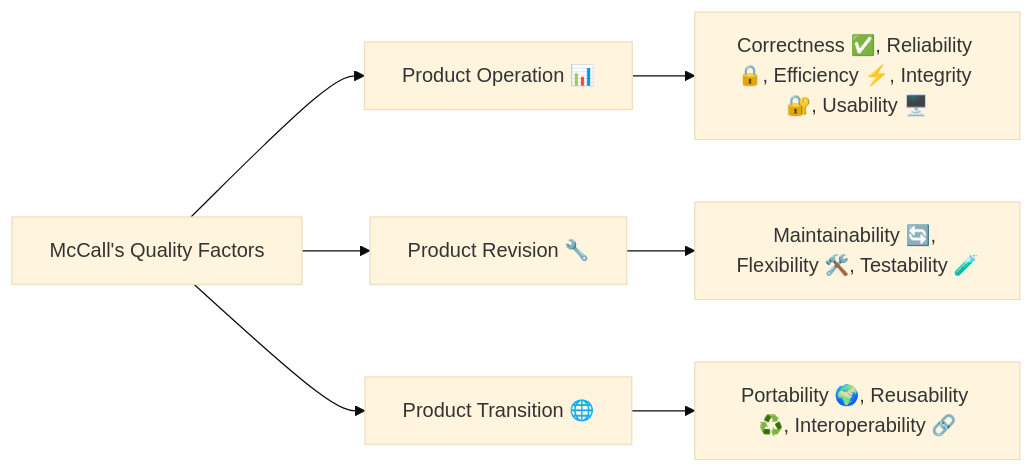
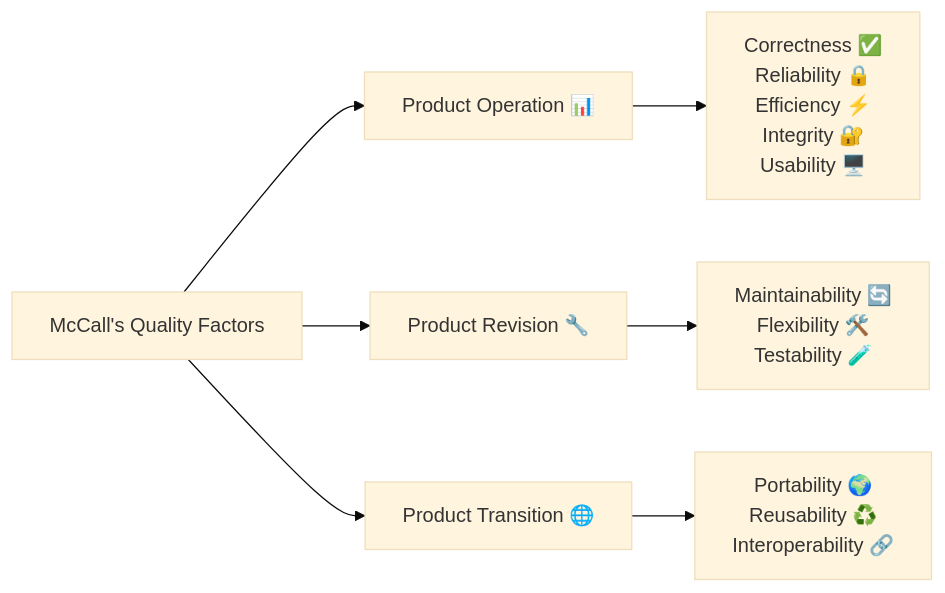
One commit to msdbok/sqrbok changed the diagram in _definition/3. Quality models.md. Above: the diagram before and after it, drawn with Mermaid (base theme).

````diff
--- a/_definition/3. Quality models.md
+++ b/_definition/3. Quality models.md
@@ -31,11 +31,11 @@
 ```mermaid
 flowchart LR
   A[McCall's Quality Factors]
   A --> B[Product Operation 📊]
   A --> C[Product Revision 🔧]
   A --> D[Product Transition 🌐]
 
-  B --> B1[Correctness ✅, Reliability 🔒, Efficiency ⚡, Integrity 🔐, Usability 🖥️]
-  C --> C1[Maintainability 🔄, Flexibility 🛠️, Testability 🧪]
-  D --> D1[Portability 🌍, Reusability ♻️, Interoperability 🔗]
+  B --> B1[Correctness ✅<br>Reliability 🔒<br>Efficiency ⚡<br>Integrity 🔐<br>Usability 🖥️]
+  C --> C1[Maintainability 🔄<br>Flexibility 🛠️<br>Testability 🧪]
+  D --> D1[Portability 🌍<br>Reusability ♻️<br>Interoperability 🔗]
 ```
````
